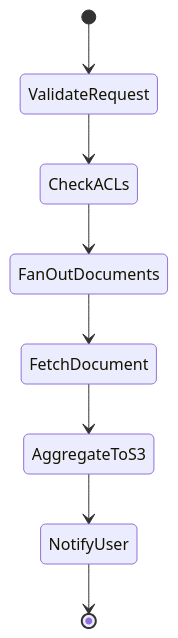
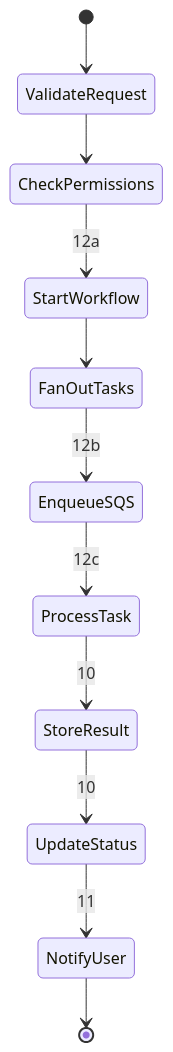
The diagram in docs/architecture/diagrams/application-architecture-flows.md (onesphereai/viewdocs-cloud), drawn with Mermaid before and after one commit. The commit also changed other lines of this file and 2 other files, not shown here.

First line of the commit message:
Add flow numbering to unlabeled arrows and update documentation

````diff
--- a/docs/architecture/diagrams/application-architecture-flows.md
+++ b/docs/architecture/diagrams/application-architecture-flows.md
@@ -131,10 +460,13 @@
 ```mermaid
 stateDiagram-v2
     [*] --> ValidateRequest
-    ValidateRequest --> CheckACLs
-    CheckACLs --> FanOutDocuments
-    FanOutDocuments --> FetchDocument
-    FetchDocument --> AggregateToS3
-    AggregateToS3 --> NotifyUser
+    ValidateRequest --> CheckPermissions
+    CheckPermissions --> StartWorkflow: 12a
+    StartWorkflow --> FanOutTasks
+    FanOutTasks --> EnqueueSQS: 12b
+    EnqueueSQS --> ProcessTask: 12c
+    ProcessTask --> StoreResult: 10
+    StoreResult --> UpdateStatus: 10
+    UpdateStatus --> NotifyUser: 11
     NotifyUser --> [*]
 ```
````
